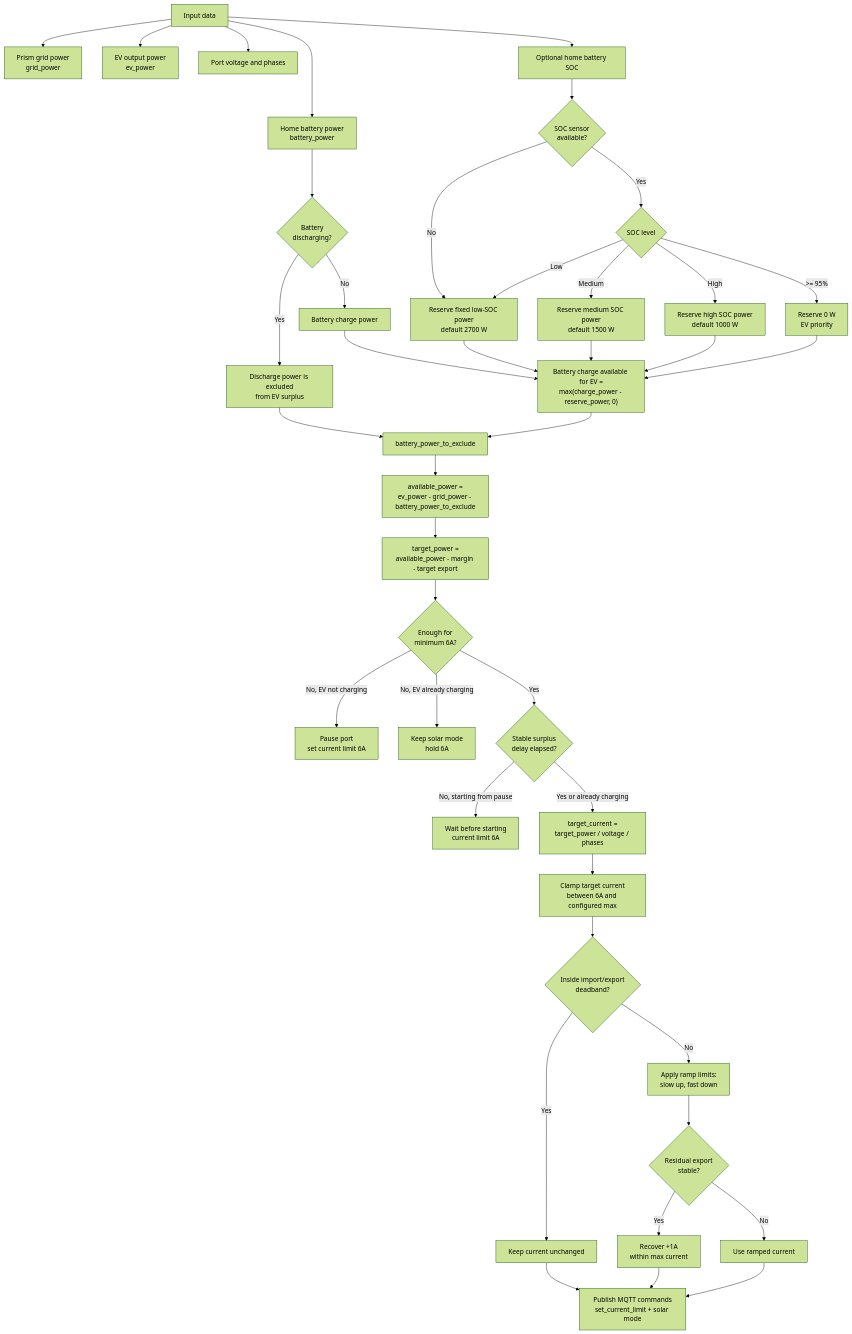
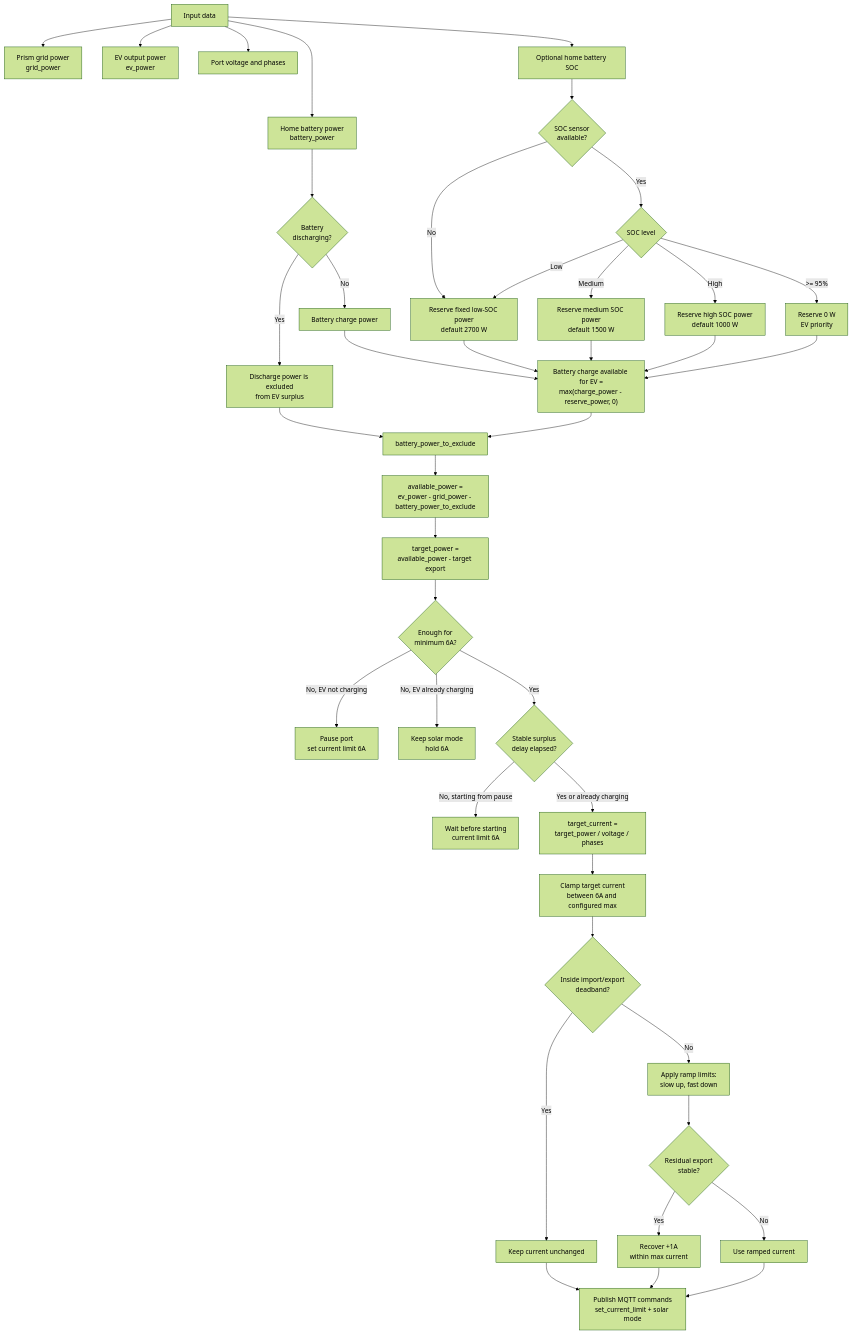
The diagram in README.md (italoc/silla-prism-integration), drawn with Mermaid (forest theme) before and after one commit. The commit also changed other lines of this file and 8 other files, not shown here.

````diff
--- a/README.md
+++ b/README.md
@@ -126,48 +124,48 @@
 ```mermaid
 flowchart TD
     A["Input data"] --> B["Prism grid power<br/>grid_power"]
     A --> C["EV output power<br/>ev_power"]
     A --> D["Home battery power<br/>battery_power"]
     A --> E["Port voltage and phases"]
     A --> F["Optional home battery SOC"]
 
     D --> G{"Battery<br/>discharging?"}
     G -->|Yes| H["Discharge power is excluded<br/>from EV surplus"]
     G -->|No| I["Battery charge power"]
 
     F --> J{"SOC sensor<br/>available?"}
     J -->|No| K["Reserve fixed low-SOC power<br/>default 2700 W"]
     J -->|Yes| L{"SOC level"}
     L -->|Low| K
     L -->|Medium| M["Reserve medium SOC power<br/>default 1500 W"]
     L -->|High| N["Reserve high SOC power<br/>default 1000 W"]
     L -->|>= 95%| O["Reserve 0 W<br/>EV priority"]
 
     I --> P["Battery charge available for EV =<br/>max(charge_power - reserve_power, 0)"]
     K --> P
     M --> P
     N --> P
     O --> P
 
     H --> Q["battery_power_to_exclude"]
     P --> Q
     Q --> R["available_power =<br/>ev_power - grid_power - battery_power_to_exclude"]
-    R --> S["target_power =<br/>available_power - margin - target export"]
+    R --> S["target_power =<br/>available_power - target export"]
     S --> T{"Enough for<br/>minimum 6A?"}
 
     T -->|No, EV not charging| U["Pause port<br/>set current limit 6A"]
     T -->|No, EV already charging| V["Keep solar mode<br/>hold 6A"]
     T -->|Yes| W{"Stable surplus<br/>delay elapsed?"}
     W -->|No, starting from pause| X["Wait before starting<br/>current limit 6A"]
     W -->|Yes or already charging| Y["target_current =<br/>target_power / voltage / phases"]
     Y --> Z["Clamp target current<br/>between 6A and configured max"]
     Z --> AB{"Inside import/export<br/>deadband?"}
     AB -->|Yes| AC["Keep current unchanged"]
     AB -->|No| AD["Apply ramp limits:<br/>slow up, fast down"]
     AD --> AE{"Residual export<br/>stable?"}
     AE -->|Yes| AF["Recover +1A<br/>within max current"]
     AE -->|No| AG["Use ramped current"]
     AC --> AA["Publish MQTT commands<br/>set_current_limit + solar mode"]
     AF --> AA
     AG --> AA
 ```
````
